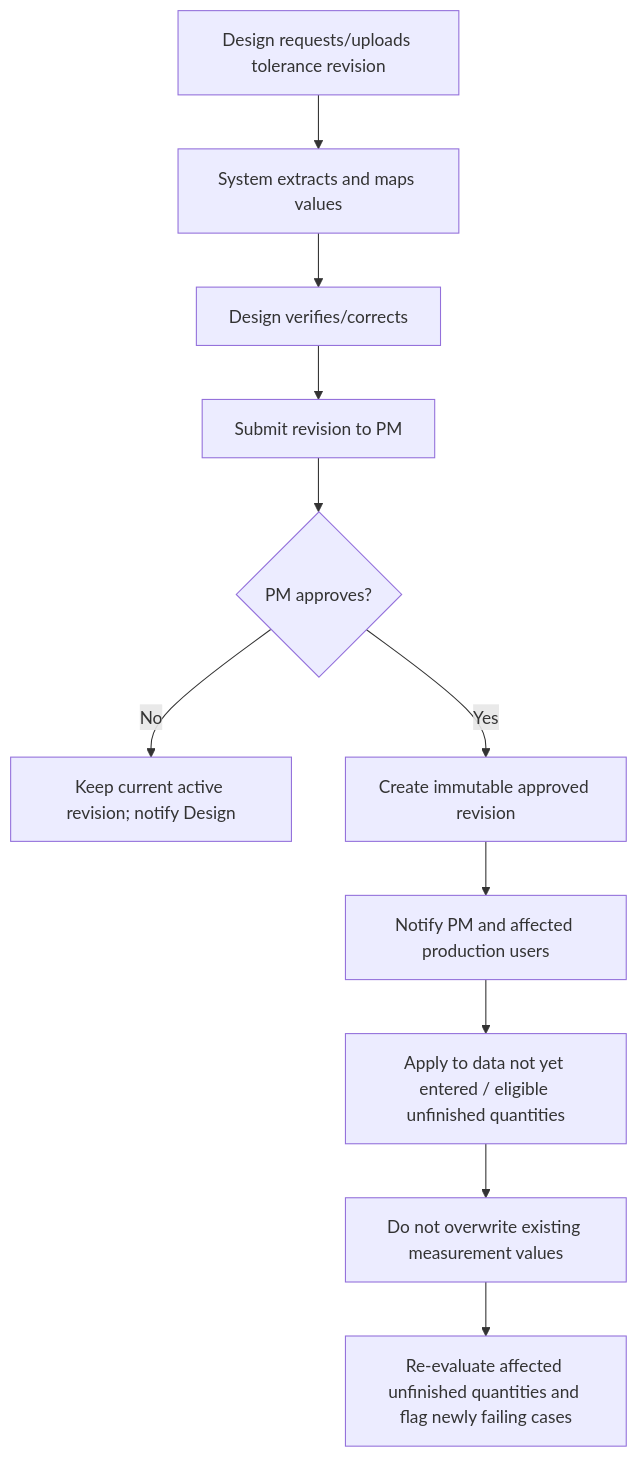
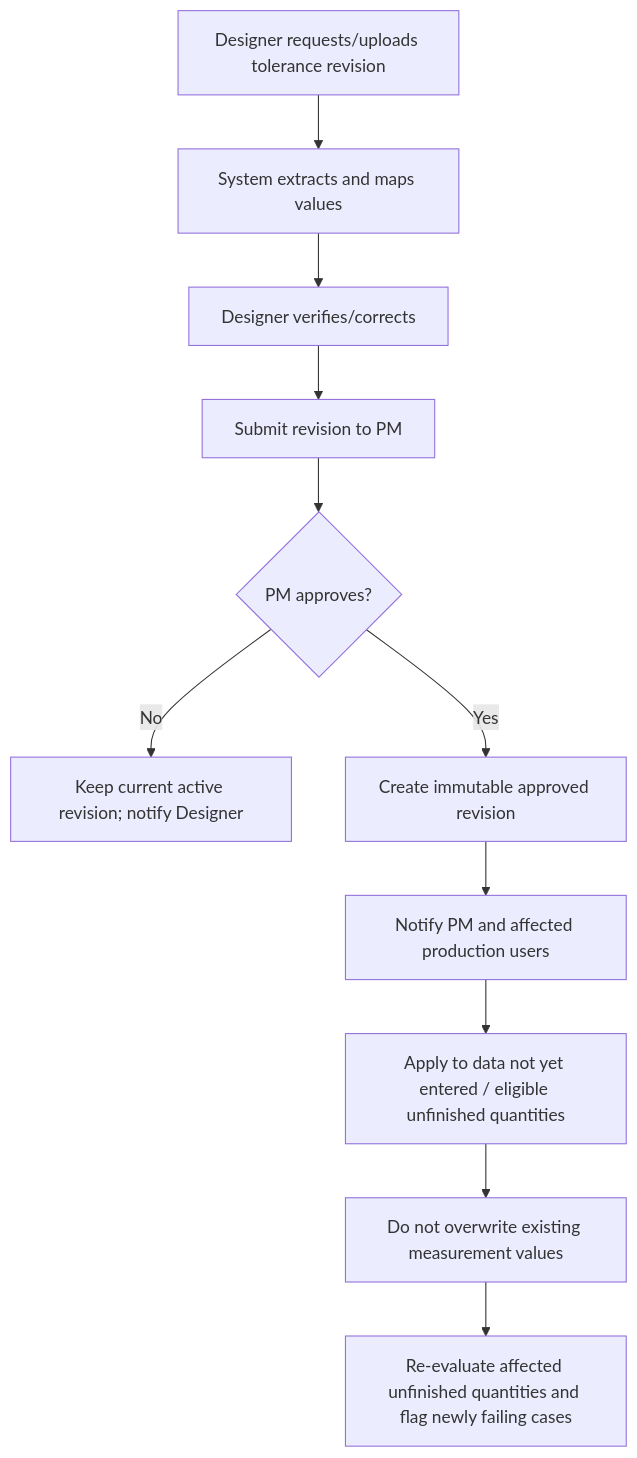
The fourth of 8 diagrams in docs/phase-1/07_Workflow_Diagrams.md (poairtronic/velan-production), drawn with Mermaid before and after one commit. The commit also changed other lines of this file, not shown here.

Commit message:
docs: update 07_Workflow_Diagrams.md per decision log 2026-11-24

````diff
--- a/docs/phase-1/07_Workflow_Diagrams.md
+++ b/docs/phase-1/07_Workflow_Diagrams.md
@@ -64,13 +71,13 @@
 ```mermaid
 flowchart TD
- A[Design requests/uploads tolerance revision] --> B[System extracts and maps values]
- B --> C[Design verifies/corrects]
- C --> D[Submit revision to PM]
- D --> E{PM approves?}
- E -->|No| F[Keep current active revision; notify Design]
- E -->|Yes| G[Create immutable approved revision]
- G --> H[Notify PM and affected production users]
- H --> I[Apply to data not yet entered / eligible unfinished quantities]
- I --> J[Do not overwrite existing measurement values]
- J --> K[Re-evaluate affected unfinished quantities and flag newly failing cases]
+  A["Designer requests/uploads tolerance revision"] --> B["System extracts and maps values"]
+  B --> C["Designer verifies/corrects"]
+  C --> D["Submit revision to PM"]
+  D --> E{"PM approves?"}
+  E -->|No| F["Keep current active revision; notify Designer"]
+  E -->|Yes| G["Create immutable approved revision"]
+  G --> H["Notify PM and affected production users"]
+  H --> I["Apply to data not yet entered / eligible unfinished quantities"]
+  I --> J["Do not overwrite existing measurement values"]
+  J --> K["Re-evaluate affected unfinished quantities and flag newly failing cases"]
 ```
````
